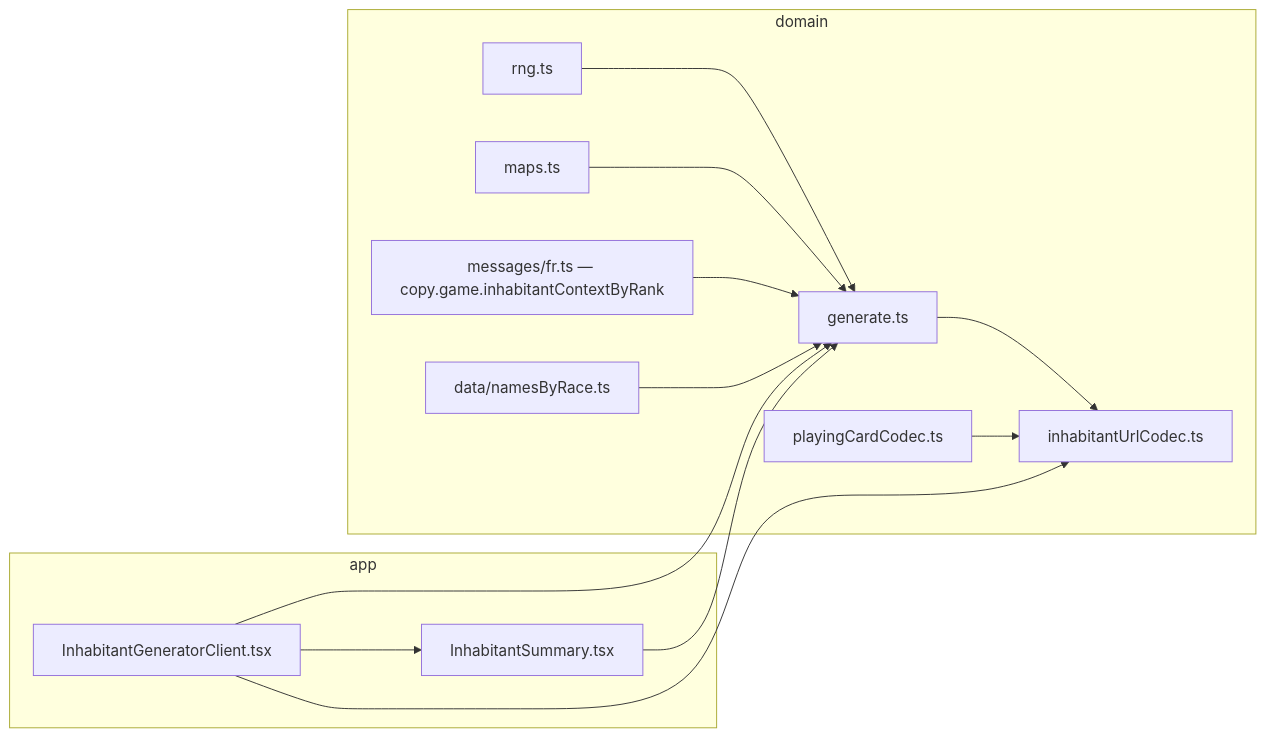
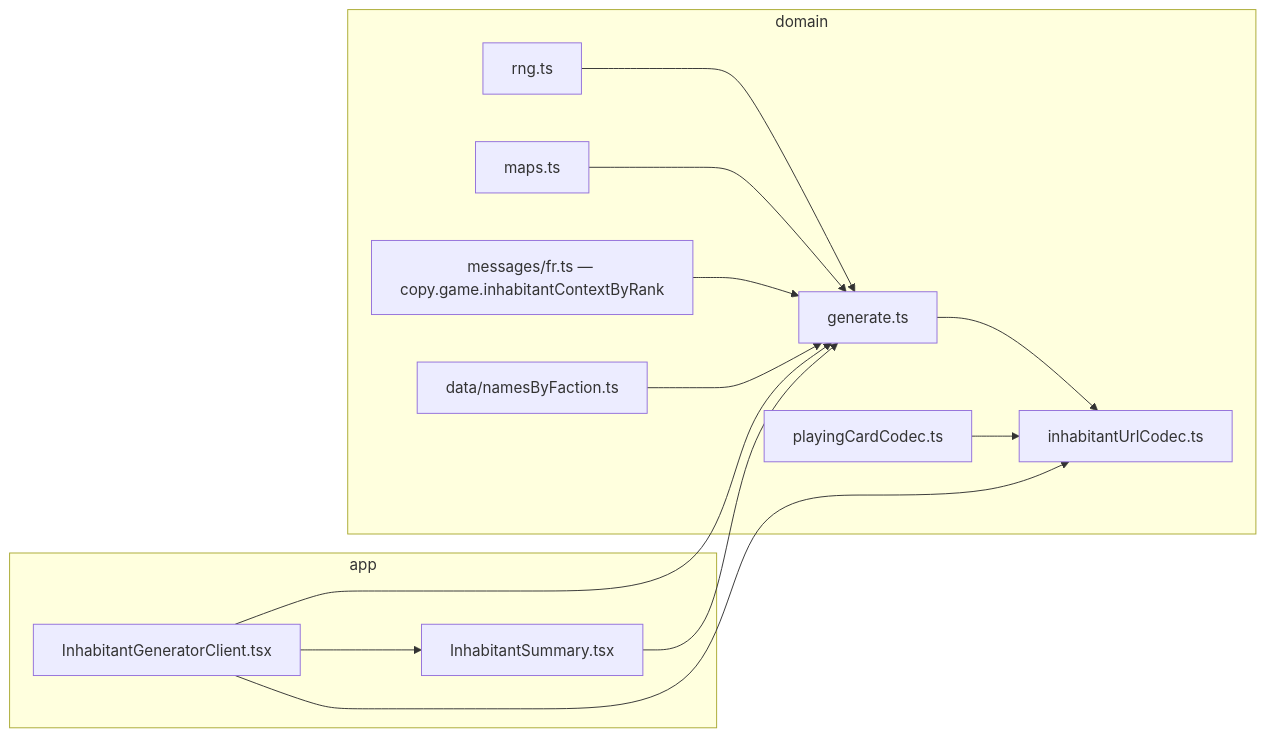
One commit to KittyGiraudel/ProMe changed the diagram in docs/inhabitant-builder.md. Above: the diagram before and after it, drawn with Mermaid. The commit also changed other lines of this file and 26 other files, not shown here.

Commit message:
Rename race to faction

````diff
--- a/docs/inhabitant-builder.md
+++ b/docs/inhabitant-builder.md
@@ -76,26 +76,26 @@
 ```mermaid
 flowchart LR
   subgraph domain
     gen["generate.ts"]
     maps["maps.ts"]
     codec["inhabitantUrlCodec.ts"]
     ctx["messages/fr.ts — copy.game.inhabitantContextByRank"]
-    names["data/namesByRace.ts"]
+    names["data/namesByFaction.ts"]
     rng["rng.ts"]
     pc["playingCardCodec.ts"]
   end
   subgraph app
     client["InhabitantGeneratorClient.tsx"]
     summary["InhabitantSummary.tsx"]
   end
   rng --> gen
   maps --> gen
   ctx --> gen
   names --> gen
   gen --> codec
   pc --> codec
   client --> gen
   client --> codec
   client --> summary
   summary --> gen
 ```
````
